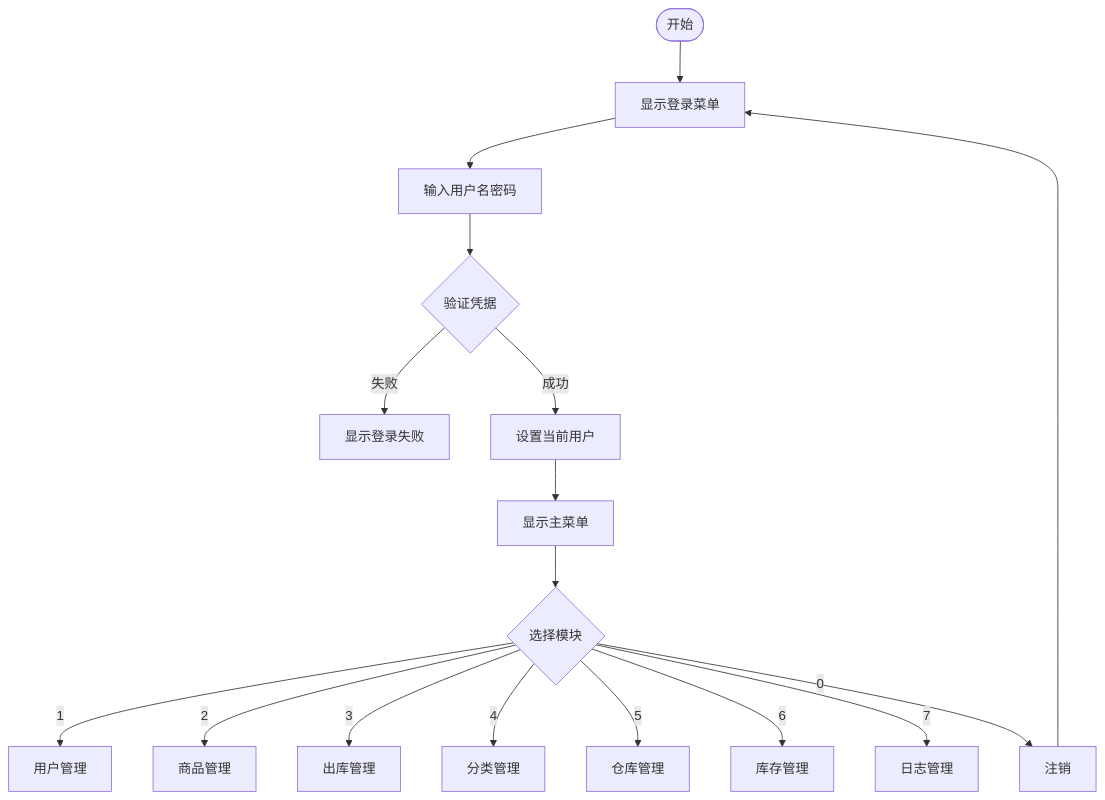
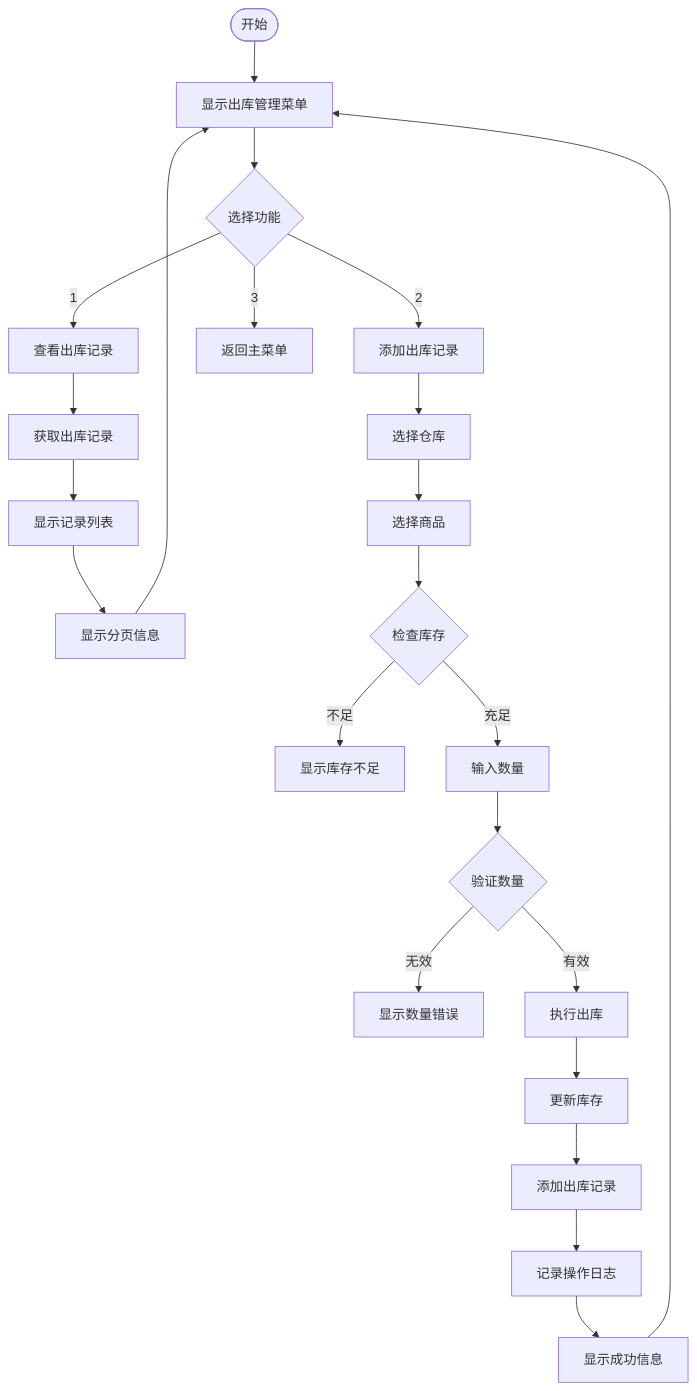
The diagram in all/未命名-1.md (smystrive/iodraw-files), drawn with Mermaid before and after one commit.

Commit message:
2025-01-02 15:26:24 update

````diff
--- a/all/未命名-1.md
+++ b/all/未命名-1.md
@@ -1,19 +1,28 @@
 ```mermaid
 flowchart TD
-    Start([开始]) --> ShowLoginMenu[显示登录菜单]
-    ShowLoginMenu --> InputCredentials[输入用户名密码]
-    InputCredentials --> ValidateCredentials{验证凭据}
-    ValidateCredentials -->|失败| ShowError[显示登录失败]
-    ValidateCredentials -->|成功| SetCurrentUser[设置当前用户]
-    SetCurrentUser --> ShowMainMenu[显示主菜单]
-    ShowMainMenu --> SelectModule{选择模块}
-    SelectModule -->|1| UserManage[用户管理]
-    SelectModule -->|2| GoodsManage[商品管理]
-    SelectModule -->|3| StockOutManage[出库管理]
-    SelectModule -->|4| CategoryManage[分类管理]
-    SelectModule -->|5| WarehouseManage[仓库管理]
-    SelectModule -->|6| InventoryManage[库存管理]
-    SelectModule -->|7| LogManage[日志管理]
-    SelectModule -->|0| Logout[注销]
-    Logout --> ShowLoginMenu 
+    Start([开始]) --> ShowMenu[显示出库管理菜单]
+    ShowMenu --> SelectFunction{选择功能}
+    
+    SelectFunction -->|1| ViewStockOut[查看出库记录]
+    SelectFunction -->|2| AddStockOut[添加出库记录]
+    SelectFunction -->|3| ReturnMain[返回主菜单]
+    
+    ViewStockOut --> GetRecords[获取出库记录]
+    GetRecords --> DisplayRecords[显示记录列表]
+    DisplayRecords --> ShowPagination[显示分页信息]
+    ShowPagination --> ShowMenu
+    
+    AddStockOut --> SelectWarehouse[选择仓库]
+    SelectWarehouse --> SelectGoods[选择商品]
+    SelectGoods --> CheckInventory{检查库存}
+    CheckInventory -->|不足| ShowError[显示库存不足]
+    CheckInventory -->|充足| InputQuantity[输入数量]
+    InputQuantity --> ValidateQuantity{验证数量}
+    ValidateQuantity -->|无效| ShowQuantityError[显示数量错误]
+    ValidateQuantity -->|有效| ExecuteStockOut[执行出库]
+    ExecuteStockOut --> UpdateInventory[更新库存]
+    UpdateInventory --> AddStockRecord[添加出库记录]
+    AddStockRecord --> LogOperation[记录操作日志]
+    LogOperation --> ShowSuccess[显示成功信息]
+    ShowSuccess --> ShowMenu 
 ```
````
